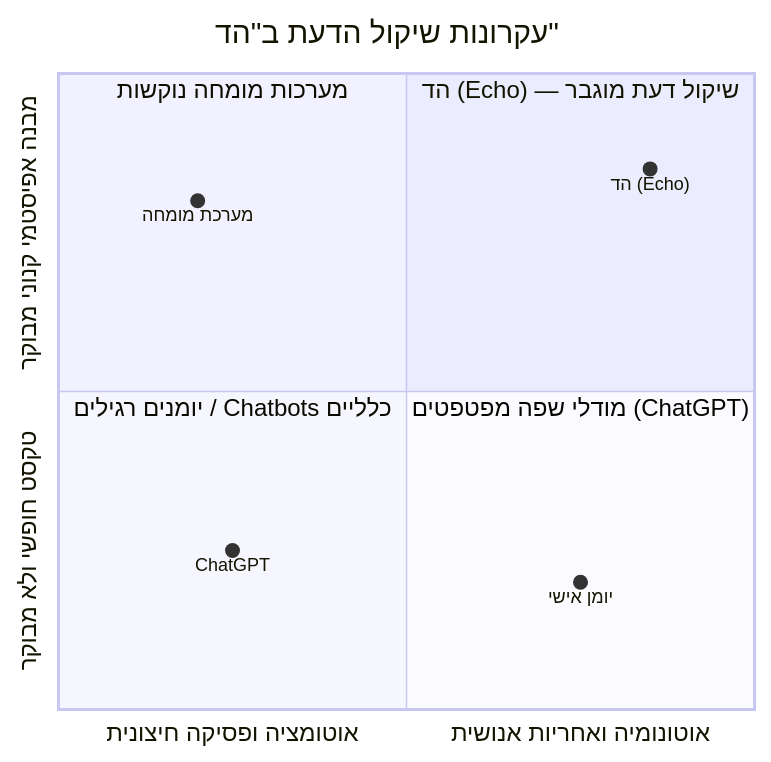
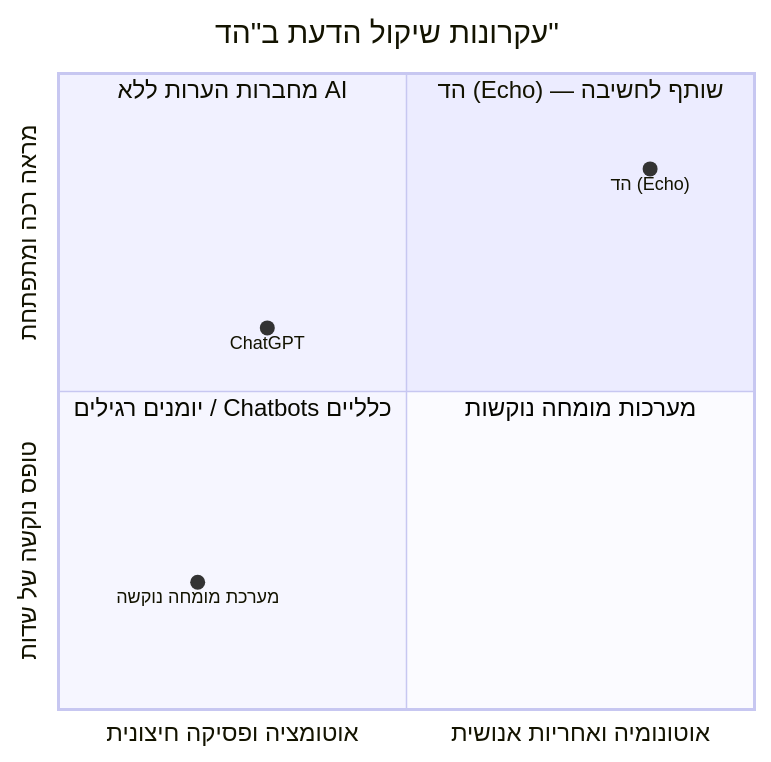
Before and after one commit to guykul-afk/Echo: the second of 2 diagrams in docs/VISION.md, drawn with Mermaid. The commit also changed other lines of this file and 20 other files, not shown here.

Commit message:
feat: implement developing mirror architecture, adaptive friction, and 3-axis outcome

````diff
--- a/docs/VISION.md
+++ b/docs/VISION.md
@@ -53,14 +49,13 @@
 ```mermaid
 quadrantChart
     title עקרונות שיקול הדעת ב"הד"
     x-axis "אוטומציה ופסיקה חיצונית" --> "אוטונומיה ואחריות אנושית"
-    y-axis "טקסט חופשי ולא מבוקר" --> "מבנה אפיסטמי קנוני מבוקר"
-    quadrant-1 "הד (Echo) — שיקול דעת מוגבר"
-    quadrant-2 "מערכות מומחה נוקשות"
+    y-axis "טופס נוקשה של שדות" --> "מראה רכה ומתפתחת"
+    quadrant-1 "הד (Echo) — שותף לחשיבה"
+    quadrant-2 "מחברות הערות ללא AI"
     quadrant-3 "יומנים רגילים / Chatbots כלליים"
-    quadrant-4 "מודלי שפה מפטפטים (ChatGPT)"
+    quadrant-4 "מערכות מומחה נוקשות"
     "הד (Echo)": [0.85, 0.85]
-    "יומן אישי": [0.75, 0.20]
-    "ChatGPT": [0.25, 0.25]
-    "מערכת מומחה": [0.20, 0.80]
+    "מערכת מומחה נוקשה": [0.20, 0.20]
+    "ChatGPT": [0.30, 0.60]
 ```
````
